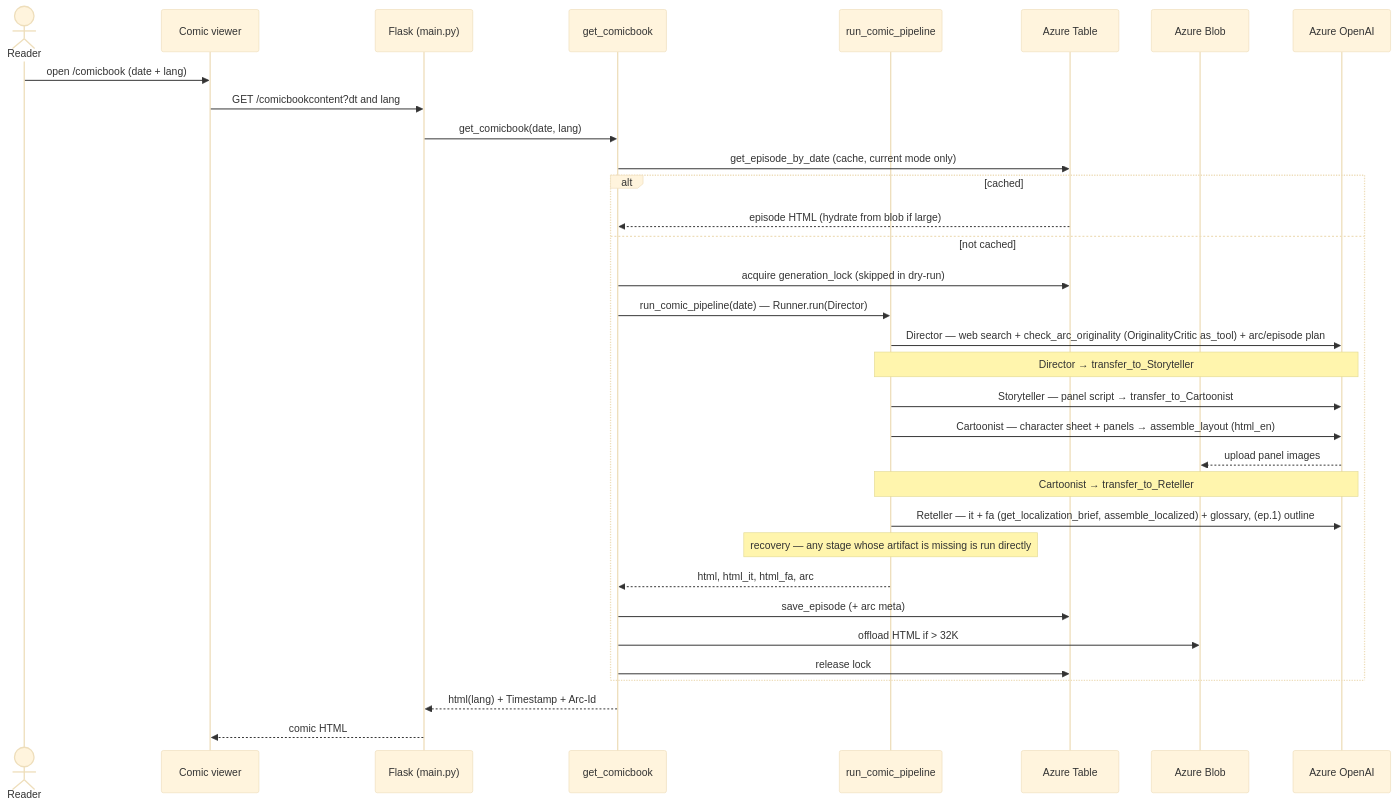
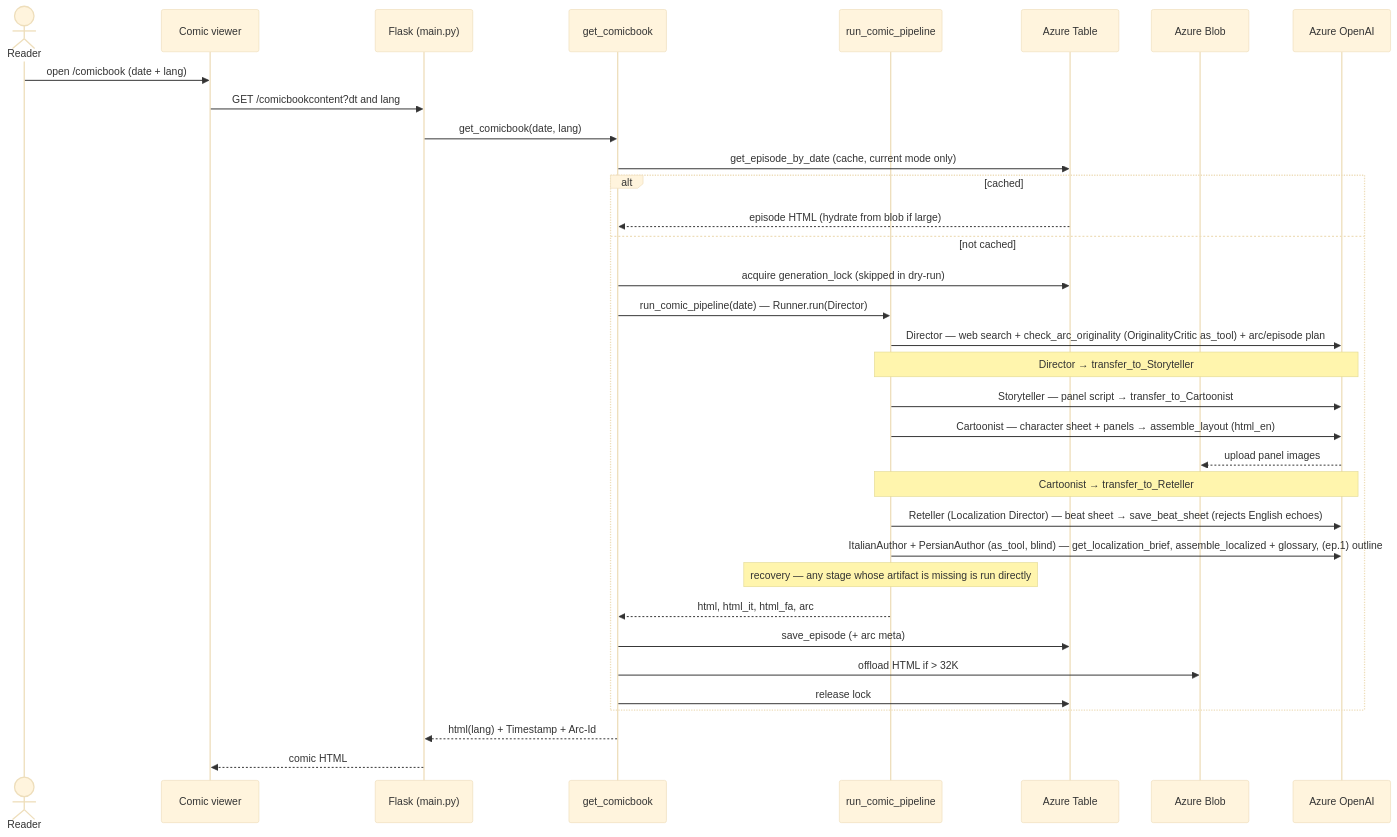
The third of 3 diagrams in ComicBook/architecture.md (abozaralizadeh/SandBox), drawn with Mermaid (base theme) before and after one commit. The commit also changed other lines of this file and 4 other files, not shown here.

First line of the commit message:
Localization: beat-sheet + blind native authors

````diff
--- a/ComicBook/architecture.md
+++ b/ComicBook/architecture.md
@@ -130,36 +135,37 @@
 ```mermaid
 sequenceDiagram
     actor U as Reader
     participant CV as Comic viewer
     participant API as Flask (main.py)
     participant P as get_comicbook
     participant AG as run_comic_pipeline
     participant T as Azure Table
     participant B as Azure Blob
     participant AOAI as Azure OpenAI
 
     U->>CV: open /comicbook (date + lang)
     CV->>API: GET /comicbookcontent?dt and lang
     API->>P: get_comicbook(date, lang)
     P->>T: get_episode_by_date (cache, current mode only)
     alt cached
         T-->>P: episode HTML (hydrate from blob if large)
     else not cached
         P->>T: acquire generation_lock (skipped in dry-run)
         P->>AG: run_comic_pipeline(date) — Runner.run(Director)
         AG->>AOAI: Director — web search + check_arc_originality (OriginalityCritic as_tool) + arc/episode plan
         Note over AG,AOAI: Director → transfer_to_Storyteller
         AG->>AOAI: Storyteller — panel script → transfer_to_Cartoonist
         AG->>AOAI: Cartoonist — character sheet + panels → assemble_layout (html_en)
         AOAI-->>B: upload panel images
         Note over AG,AOAI: Cartoonist → transfer_to_Reteller
-        AG->>AOAI: Reteller — it + fa (get_localization_brief, assemble_localized) + glossary, (ep.1) outline
+        AG->>AOAI: Reteller (Localization Director) — beat sheet → save_beat_sheet (rejects English echoes)
+        AG->>AOAI: ItalianAuthor + PersianAuthor (as_tool, blind) — get_localization_brief, assemble_localized + glossary, (ep.1) outline
         Note over AG: recovery — any stage whose artifact is missing is run directly
         AG-->>P: html, html_it, html_fa, arc
         P->>T: save_episode (+ arc meta)
         P->>B: offload HTML if > 32K
         P->>T: release lock
     end
     P-->>API: html(lang) + Timestamp + Arc-Id
     API-->>CV: comic HTML
 ```
````
